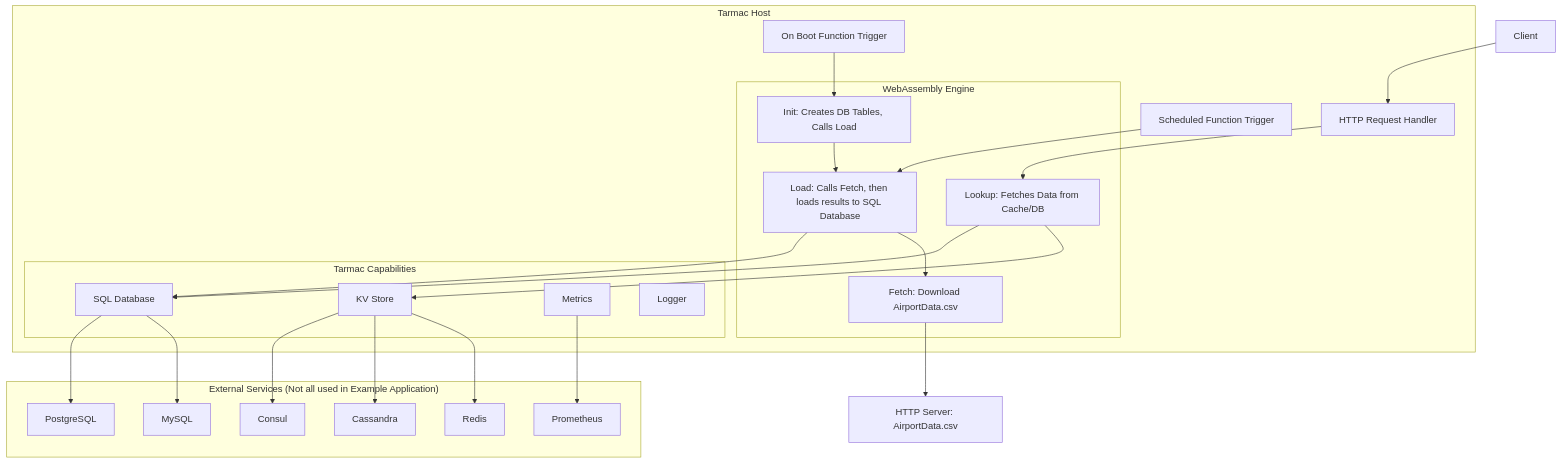
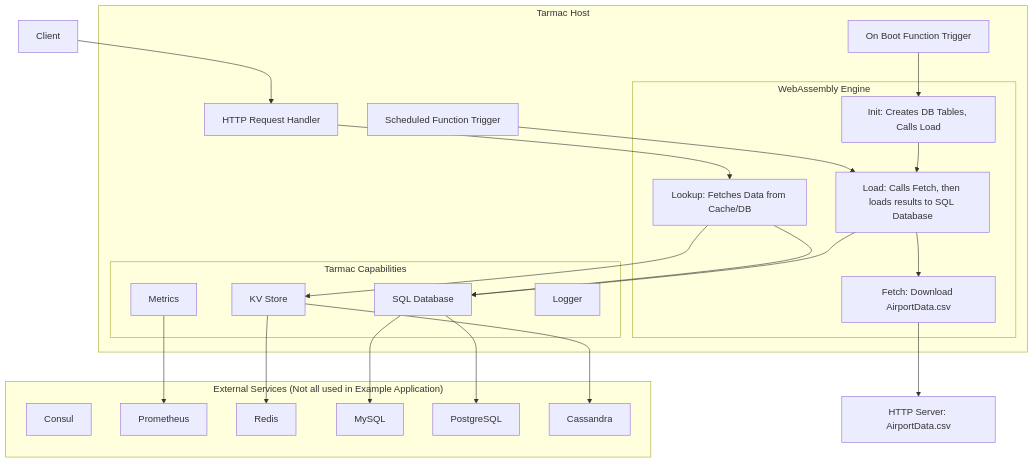
Before and after one commit to tarmac-project/tarmac: the diagram in docs/README.md, drawn with Mermaid.

Commit message:
docs: remove consul from kv store connections

````diff
--- a/docs/README.md
+++ b/docs/README.md
@@ -169,54 +169,53 @@
 ```mermaid
 graph TB
     Client[Client]
     
     subgraph TarmacHost["Tarmac Host"]
         HTTPHandler[HTTP Request Handler]
         OnBootTrigger[On Boot Function Trigger]
         ScheduledTrigger[Scheduled Function Trigger]
         
         subgraph WASMEngine["WebAssembly Engine"]
             Init[Init: Creates DB Tables, Calls Load]
             Load[Load: Calls Fetch, then loads results to SQL Database]
             Fetch[Fetch: Download AirportData.csv]
             Lookup[Lookup: Fetches Data from Cache/DB]
         end
         
         subgraph Capabilities["Tarmac Capabilities"]
             KVStore[KV Store]
             SQLDatabase[SQL Database]
             Metrics[Metrics]
             Logger[Logger]
         end
     end
     
     HTTPServer[HTTP Server: AirportData.csv]
     
     subgraph ExternalServices["External Services (Not all used in Example Application)"]
         Consul[Consul]
         Prometheus[Prometheus]
         Redis[Redis]
         MySQL[MySQL]
         PostgreSQL[PostgreSQL]
         Cassandra[Cassandra]
     end
     
     Client --> HTTPHandler
     HTTPHandler --> Lookup
     OnBootTrigger --> Init
     ScheduledTrigger --> Load
     Init --> Load
     Load --> Fetch
     Fetch --> HTTPServer
     
     Lookup --> KVStore
     Lookup --> SQLDatabase
     Load --> SQLDatabase
     
     KVStore --> Redis
     KVStore --> Cassandra
-    KVStore --> Consul
     SQLDatabase --> MySQL
     SQLDatabase --> PostgreSQL
     Metrics --> Prometheus
 ```
````
